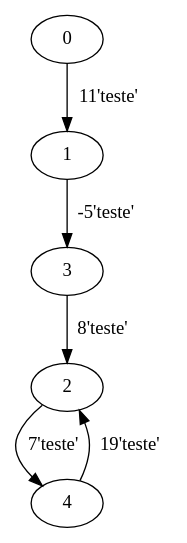
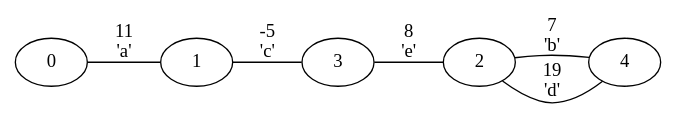
The diagram in G.dot (tiagoviniciuslopes/trabPAA2), drawn with Graphviz before and after one commit. The commit also changed 9 other files, not shown here.

```diff
--- a/G.dot
+++ b/G.dot
@@ -1,7 +1,13 @@
-digraph G {
-	0 -> 1 [label="11'teste'"];
-	1 -> 3 [label="-5'teste'"];
-	2 -> 4 [label="7'teste'"];
-	3 -> 2 [label="8'teste'"];
-	4 -> 2 [label="19'teste'"];
+graph G {
+rankdir=LR
+	0 -- 1 [label="11
+'a'"];
+	1 -- 3 [label="-5
+'c'"];
+	2 -- 4 [label="7
+'b'"];
+	3 -- 2 [label="8
+'e'"];
+	4 -- 2 [label="19
+'d'"];
 }
```
